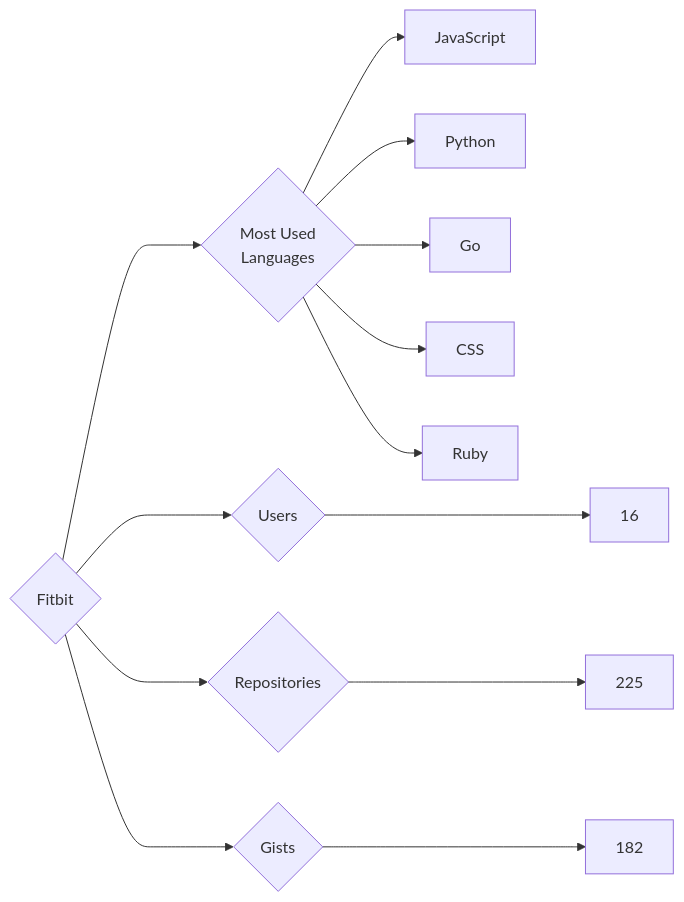
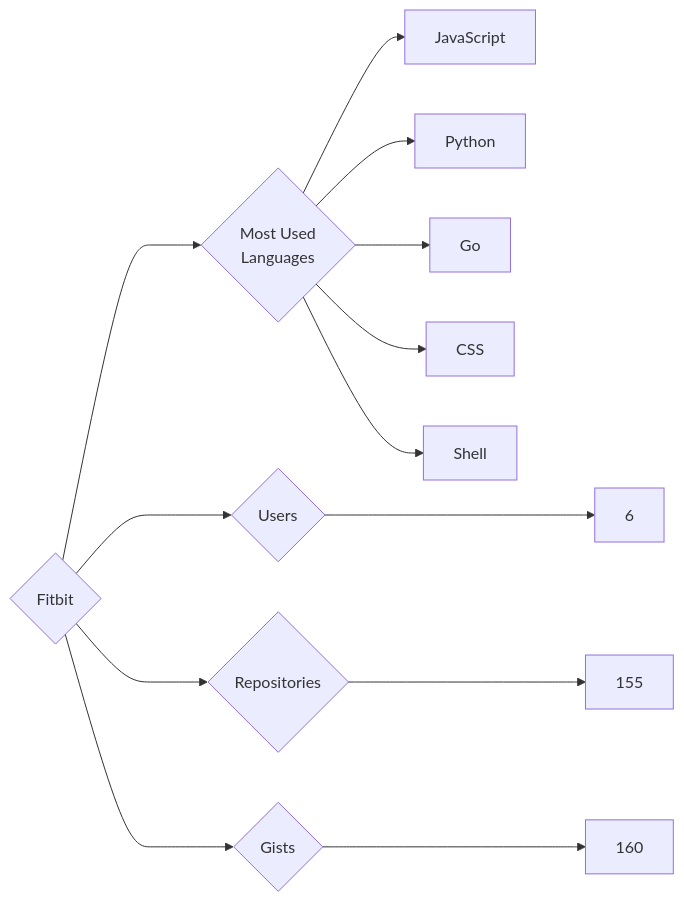
One commit to trickest/insiders changed the diagram in targets/Fitbit/README.md. Above: the diagram before and after it, drawn with Mermaid. The commit also changed 773 other files, not shown here.

````diff
--- a/targets/Fitbit/README.md
+++ b/targets/Fitbit/README.md
@@ -3,13 +3,13 @@
 ```mermaid
 graph LR
 COMPANY_NAME{Fitbit}
-COMPANY_NAME ---> U{Users} ---> UN[16]
-COMPANY_NAME ---> R{Repositories} ---> RN[225]
-COMPANY_NAME ---> G{Gists} ---> GN[182]
+COMPANY_NAME ---> U{Users} ---> UN[6]
+COMPANY_NAME ---> R{Repositories} ---> RN[155]
+COMPANY_NAME ---> G{Gists} ---> GN[160]
 COMPANY_NAME ---> ML{Most Used<br>Languages}
 ML --> JavaScript[JavaScript]
 ML --> Python[Python]
 ML --> Go[Go]
 ML --> CSS[CSS]
-ML --> Ruby[Ruby]
+ML --> Shell[Shell]
 ```
````
